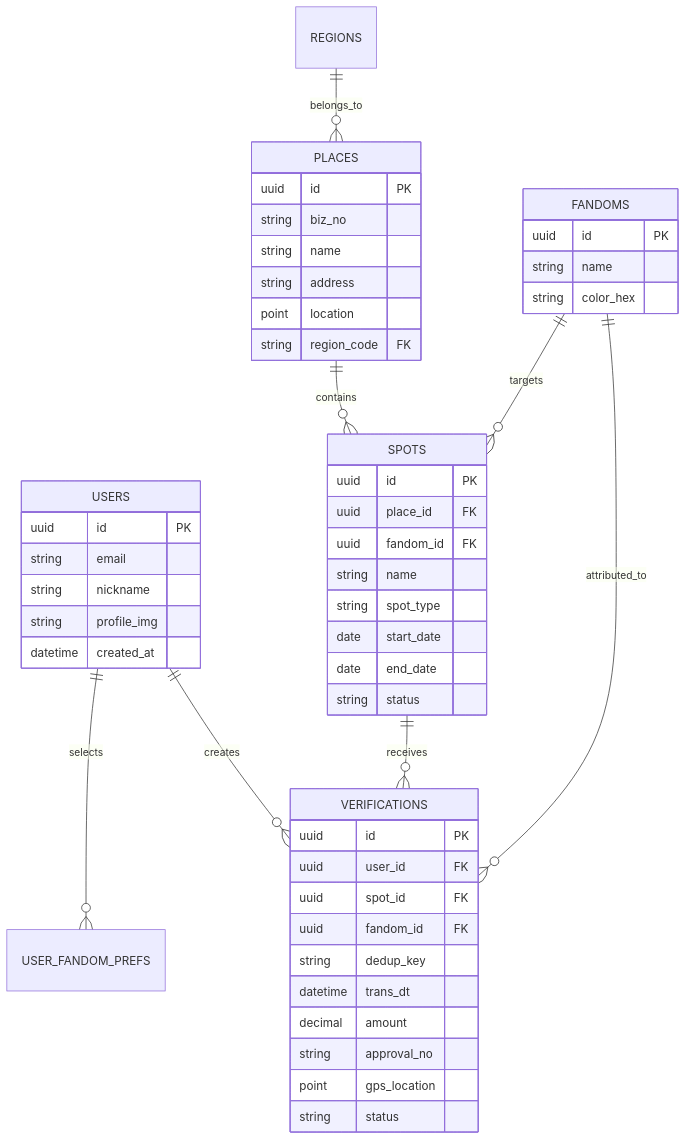
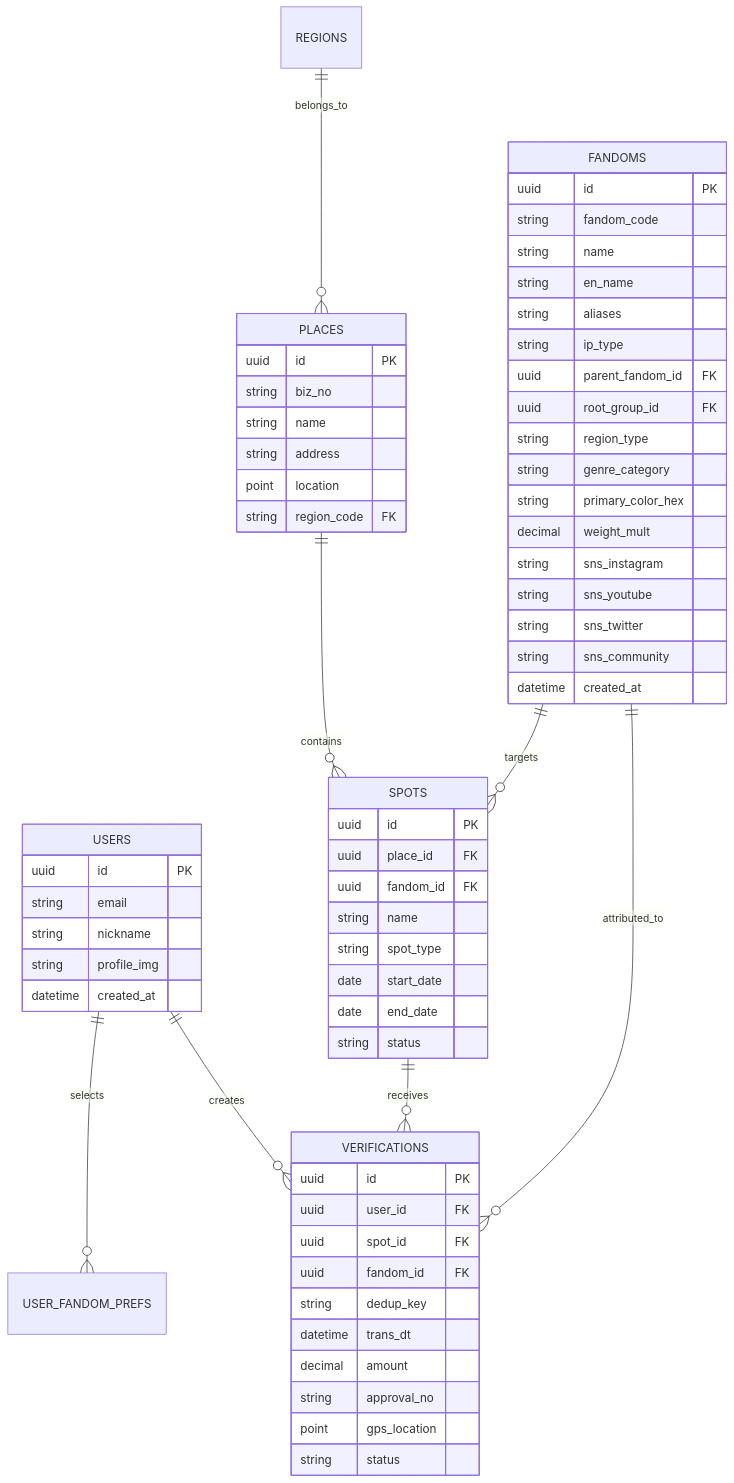
One commit to nino2767/fandom-conquest changed the diagram in docs/01_planning/02_detail/01_common/fandom_상세기획_데이터모델_v0.1_20260722.md. Above: the diagram before and after it, drawn with Mermaid. The commit also changed 5 other files, not shown here.

````diff
--- a/docs/01_planning/02_detail/01_common/fandom_상세기획_데이터모델_v0.1_20260722.md
+++ b/docs/01_planning/02_detail/01_common/fandom_상세기획_데이터모델_v0.1_20260722.md
@@ -9,53 +9,68 @@
 ```mermaid
 erDiagram
     USERS ||--o{ VERIFICATIONS : "creates"
     USERS ||--o{ USER_FANDOM_PREFS : "selects"
     PLACES ||--o{ SPOTS : "contains"
     FANDOMS ||--o{ SPOTS : "targets"
     SPOTS ||--o{ VERIFICATIONS : "receives"
     FANDOMS ||--o{ VERIFICATIONS : "attributed_to"
     REGIONS ||--o{ PLACES : "belongs_to"
     
     USERS {
         uuid id PK
         string email
         string nickname
         string profile_img
         datetime created_at
     }
     PLACES {
         uuid id PK
         string biz_no
         string name
         string address
         point location
         string region_code FK
     }
     SPOTS {
         uuid id PK
         uuid place_id FK
         uuid fandom_id FK
         string name
         string spot_type
         date start_date
         date end_date
         string status
     }
     VERIFICATIONS {
         uuid id PK
         uuid user_id FK
         uuid spot_id FK
         uuid fandom_id FK
         string dedup_key
         datetime trans_dt
         decimal amount
         string approval_no
         point gps_location
         string status
     }
     FANDOMS {
         uuid id PK
+        string fandom_code
         string name
-        string color_hex
+        string en_name
+        string aliases
+        string ip_type
+        uuid parent_fandom_id FK
+        uuid root_group_id FK
+        string region_type
+        string genre_category
+        string primary_color_hex
+        decimal weight_mult
+        string sns_instagram
+        string sns_youtube
+        string sns_twitter
+        string sns_community
+        datetime created_at
     }
+
 ```
````
